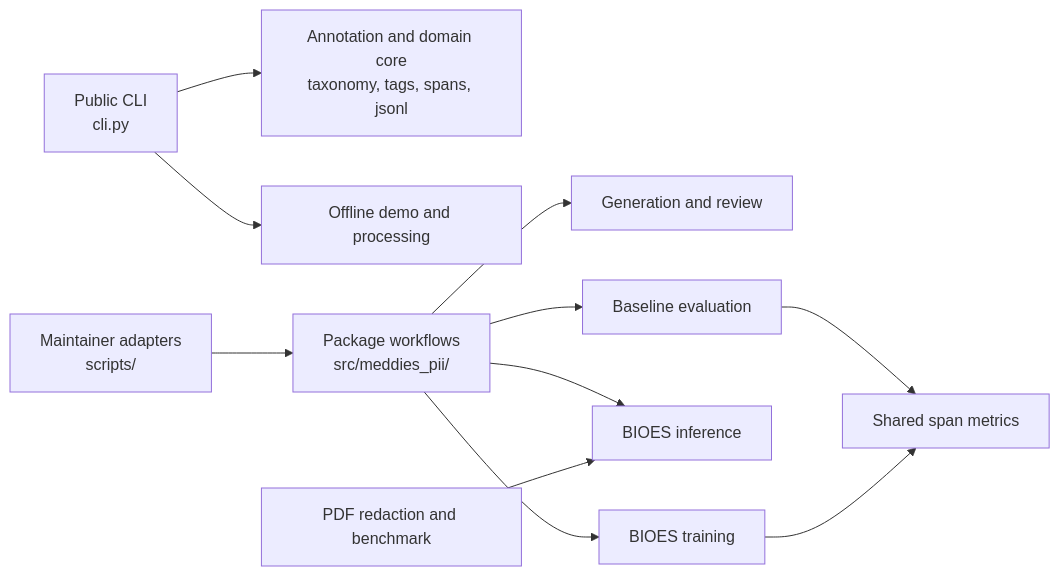
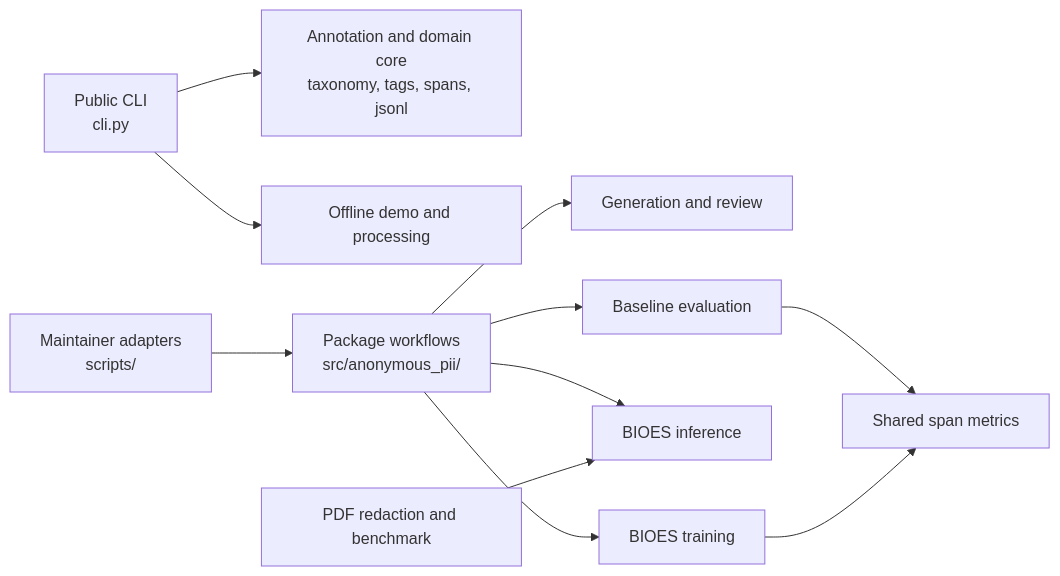
One commit to christian-hoang-04/meddies-pii-anonymous changed the diagram in docs/ARCHITECTURE.md. Above: the diagram before and after it, drawn with Mermaid. The commit also changed other lines of this file and 786 other files, not shown here.

````diff
--- a/docs/ARCHITECTURE.md
+++ b/docs/ARCHITECTURE.md
@@ -7,13 +7,13 @@
 ```mermaid
 flowchart LR
     CLI["Public CLI\ncli.py"] --> CORE["Annotation and domain core\ntaxonomy, tags, spans, jsonl"]
     CLI --> LOCAL["Offline demo and processing"]
-    JOBS["Maintainer adapters\nscripts/"] --> PKG["Package workflows\nsrc/meddies_pii/"]
+    JOBS["Maintainer adapters\nscripts/"] --> PKG["Package workflows\nsrc/anonymous_pii/"]
     PKG --> GEN["Generation and review"]
     PKG --> EVAL["Baseline evaluation"]
     PKG --> INFERENCE["BIOES inference"]
     PKG --> TRAIN["BIOES training"]
     PDF["PDF redaction and benchmark"] --> INFERENCE
     EVAL --> METRICS["Shared span metrics"]
     TRAIN --> METRICS
 ```
````
